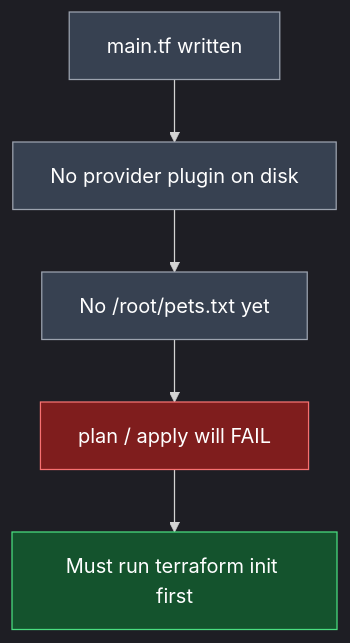
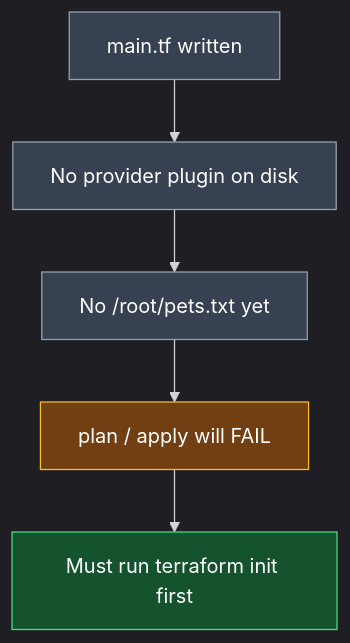
The first of 9 diagrams in 04_Core_Terraform_Basics/01_Terraform_Provider.md (nirajp82/Terraform_Basics), drawn with Mermaid before and after one commit. The commit also changed other lines of this file and 2 other files, not shown here.

Commit message:
Update Diagram

````diff
--- a/04_Core_Terraform_Basics/01_Terraform_Provider.md
+++ b/04_Core_Terraform_Basics/01_Terraform_Provider.md
@@ -27,14 +27,14 @@
 ```mermaid
-%%{init: {'theme': 'dark'}}%%
+%%{init: {'theme': 'dark', 'flowchart': {'htmlLabels': true}}}%%
 flowchart TD
     A["main.tf written"] --> B["No provider plugin on disk"]
     B --> C["No /root/pets.txt yet"]
     C --> D["plan / apply will FAIL"]
     D --> E["Must run terraform init first"]
 
     style A fill:#374151,stroke:#9ca3af,color:#ffffff
     style B fill:#374151,stroke:#9ca3af,color:#ffffff
     style C fill:#374151,stroke:#9ca3af,color:#ffffff
-    style D fill:#7f1d1d,stroke:#f87171,color:#ffffff
+    style D fill:#713f12,stroke:#fbbf24,color:#ffffff
     style E fill:#14532d,stroke:#4ade80,color:#ffffff
 ```
````
